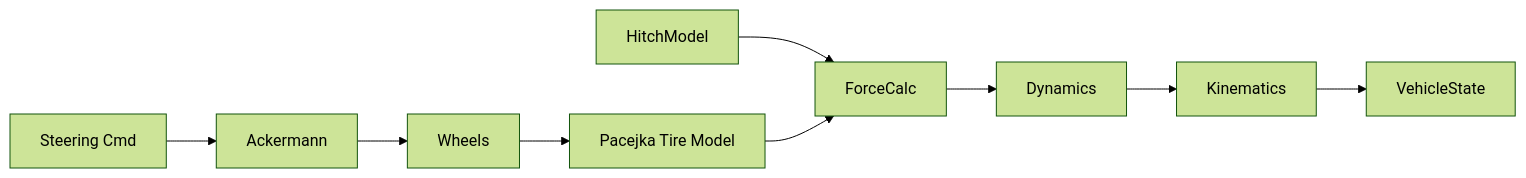
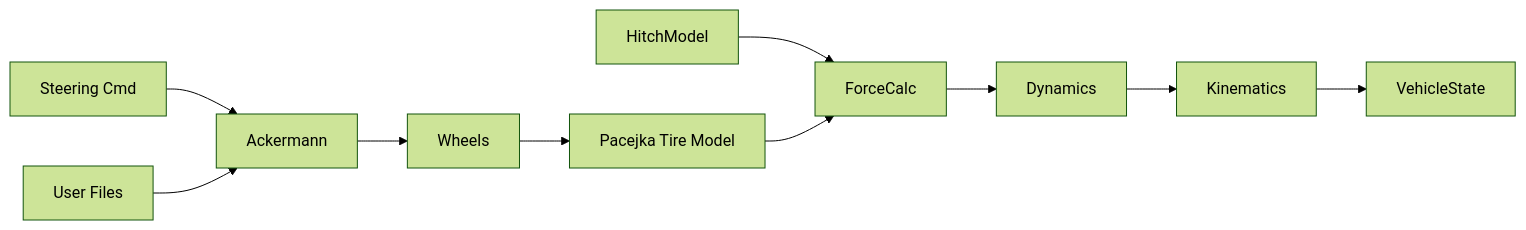
Before and after one commit to MelkorBalrog/VDSS---Vehicle-Dynamics-Safety-Simulator: diagram 12 of 27 in README.md, drawn with Mermaid (forest theme). The commit also changed other lines of this file, not shown here.

Commit message:
Document configuration files and update diagrams

````diff
--- a/README.md
+++ b/README.md
@@ -344,11 +368,13 @@
 ```mermaid
 flowchart LR
+  ConfigFiles["User Files"]
   steerCmd[Steering Cmd] --> Ackermann
+  ConfigFiles --> Ackermann
   Ackermann --> Wheels
   Wheels --> TireModel[Pacejka Tire Model]
   HitchModel --> ForceCalc
   TireModel --> ForceCalc
   ForceCalc --> Dynamics
   Dynamics --> Kinematics
   Kinematics --> VehicleState
 ```
````
